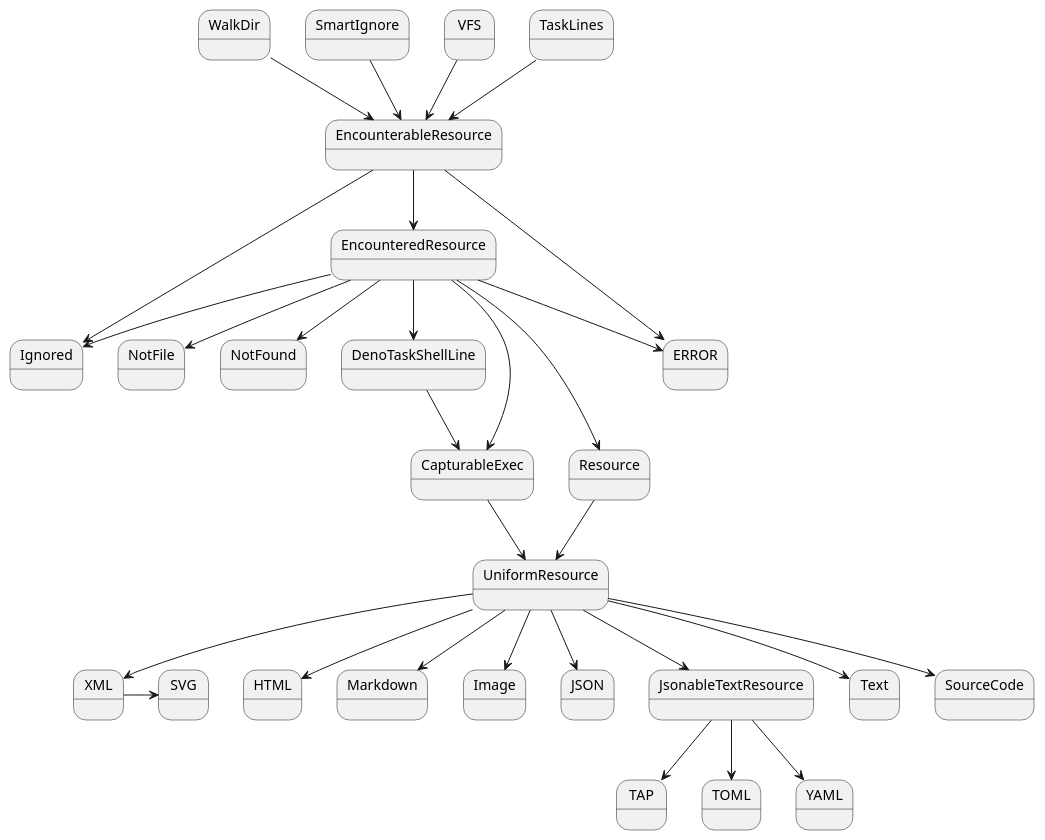
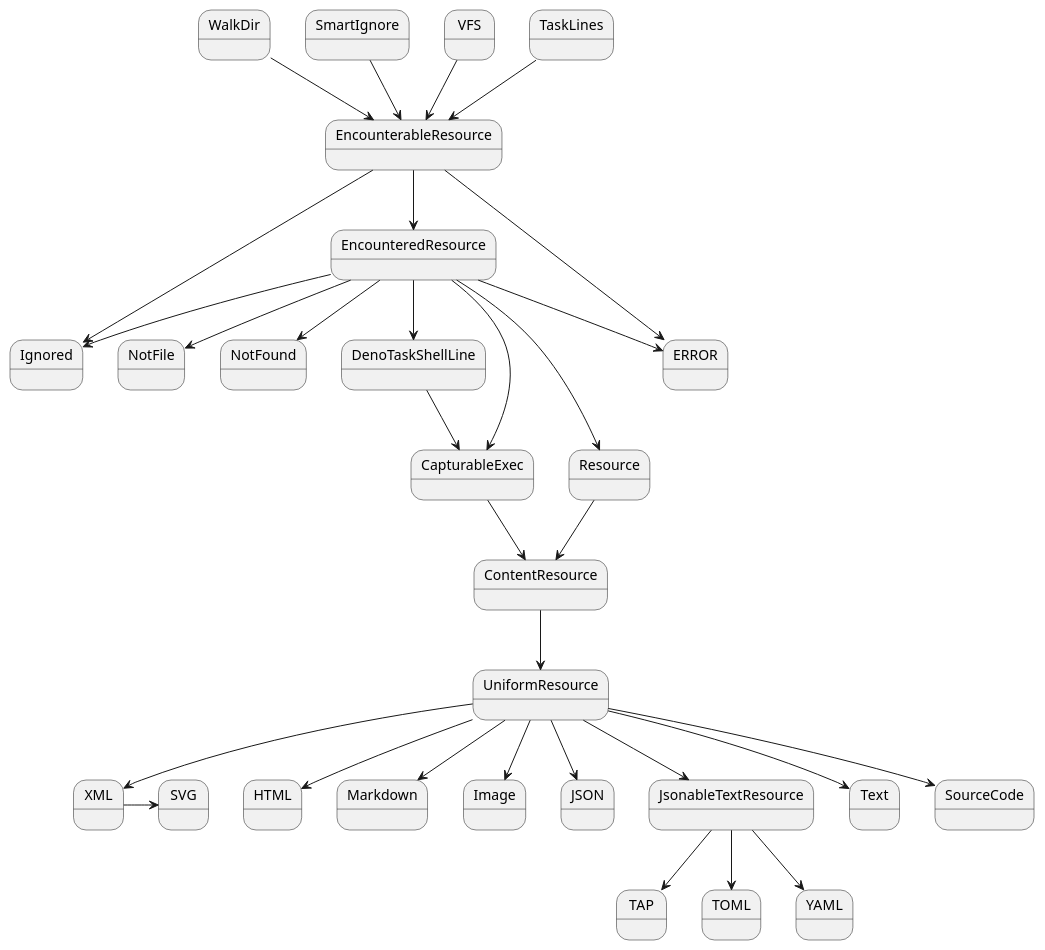
Before and after one commit to opsfolio/resource-surveillance: the diagram in src/resources.states.puml, drawn with PlantUML. The commit also changed 9 other files, not shown here.

```diff
--- a/src/resources.states.puml
+++ b/src/resources.states.puml
@@ -1,117 +1,123 @@
 @startuml Resources State Machine
 
 state WalkDir {
 }
 
 state SmartIgnore {
 }
 
 state VFS {
 }
 
 state TaskLines {
 }
 
 state EncounterableResource {
 }
 
 state Ignored {
 }
 
 state EncounteredResource {
 }
 
 state NotFile {
 }
 
 state NotFound {
 }
 
 state ERROR {
 }
 
 state DenoTaskShellLine {
 }
 
 state Resource {
 }
 
 state CapturableExec {
+}
+
+state ContentResource {
+
 }
 
 state UniformResource {
 }
 
 state HTML {
 }
 
 state Markdown {
 }
 
 state Image {
 }
 
 state JSON {
 }
 
 state JsonableTextResource {
 }
 
 state TAP {
 }
 
 state TOML {
 }
 
 state YAML {
 }
 
 state Text {
 }
 
 state XML {
 }
 
 state SVG {
 }
 
 state SourceCode {
 }
 
 WalkDir --> EncounterableResource
 SmartIgnore --> EncounterableResource
 VFS --> EncounterableResource
 TaskLines --> EncounterableResource
 
 EncounterableResource --> Ignored
 EncounterableResource --> ERROR
 EncounterableResource --> EncounteredResource
 EncounteredResource --> Ignored
 EncounteredResource --> ERROR
 EncounteredResource --> NotFile
 EncounteredResource --> NotFound
 EncounteredResource --> Resource
 EncounteredResource --> CapturableExec
 
 EncounteredResource --> DenoTaskShellLine
 DenoTaskShellLine --> CapturableExec
 
-Resource --> UniformResource
-CapturableExec --> UniformResource
+Resource --> ContentResource
+CapturableExec --> ContentResource
+
+ContentResource --> UniformResource
 
 UniformResource --> HTML
 UniformResource --> Image
 UniformResource --> Markdown
 UniformResource --> Text
 UniformResource --> SourceCode
 
 UniformResource --> JSON
 UniformResource --> JsonableTextResource
 JsonableTextResource --> TAP
 JsonableTextResource --> TOML
 JsonableTextResource --> YAML
 
 UniformResource --> XML
 XML -> SVG
 
 @enduml
```
